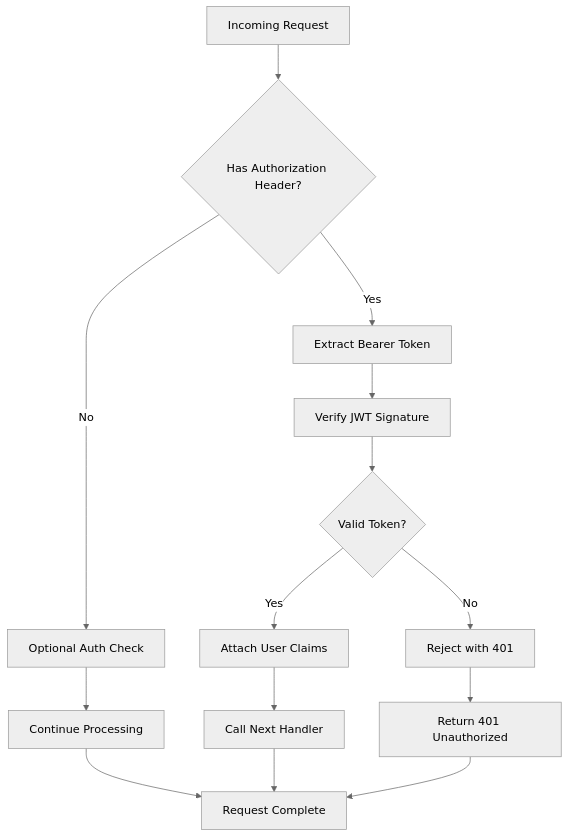
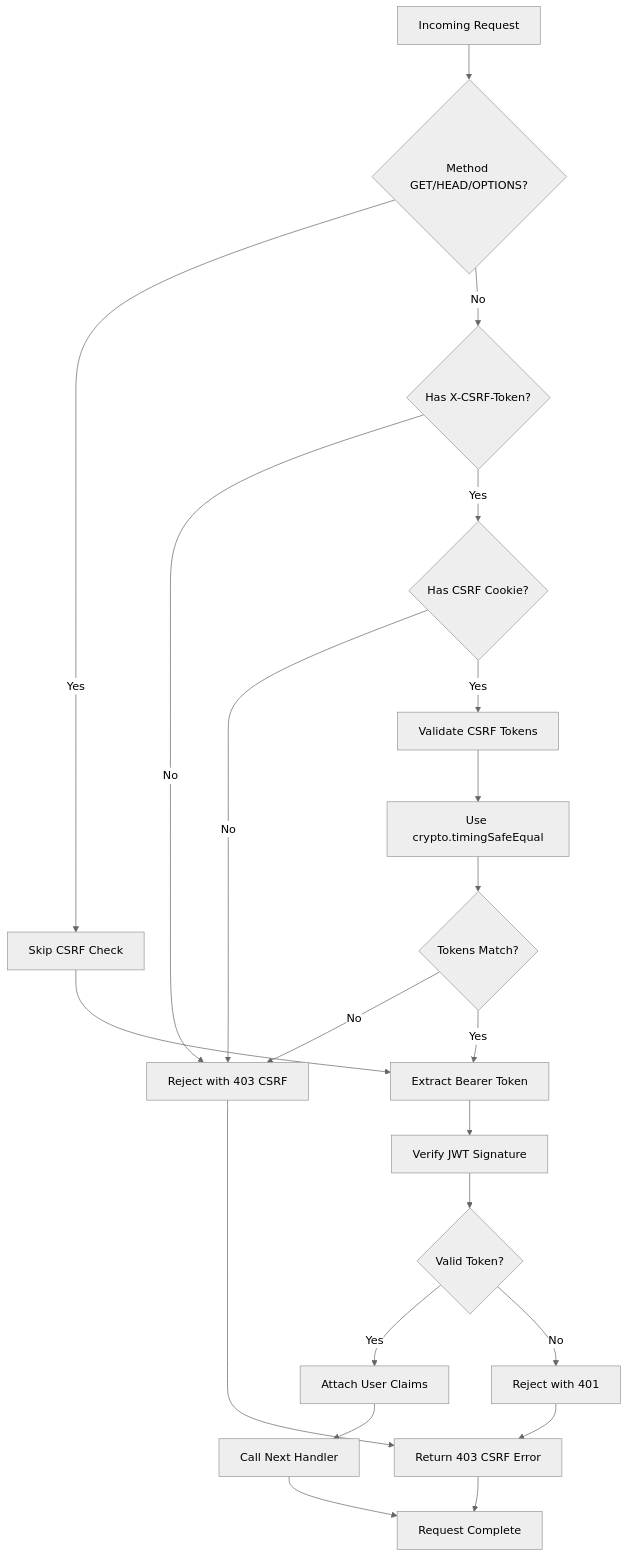
One commit to RunTimeAdmin/tri-ai changed the sixth of 10 diagrams in .qoder/repowiki/en/content/Frontend Application/Authentication System.md. Above: the diagram before and after it, drawn with Mermaid (neutral theme). The commit also changed other lines of this file and 40 other files, not shown here.

Commit message:
Remove crypto/token references from Hostinger landing page and engine CSS

````diff
--- a/.qoder/repowiki/en/content/Frontend Application/Authentication System.md
+++ b/.qoder/repowiki/en/content/Frontend Application/Authentication System.md
@@ -230,16 +244,24 @@
 ```mermaid
 flowchart TD
-Request[Incoming Request] --> CheckAuth{Has Authorization Header?}
-CheckAuth --> |No| OptionalAuth[Optional Auth Check]
-CheckAuth --> |Yes| ExtractToken[Extract Bearer Token]
+Request[Incoming Request] --> CheckMethod{Method GET/HEAD/OPTIONS?}
+CheckMethod --> |Yes| SkipCSRF[Skip CSRF Check]
+CheckMethod --> |No| CheckCSRF{Has X-CSRF-Token?}
+CheckCSRF --> |No| RejectCSRF[Reject with 403 CSRF]
+CheckCSRF --> |Yes| CheckCookie{Has CSRF Cookie?}
+CheckCookie --> |No| RejectCSRF
+CheckCookie --> |Yes| ValidateTokens[Validate CSRF Tokens]
+ValidateTokens --> TimingSafe[Use crypto.timingSafeEqual]
+TimingSafe --> ValidTokens{Tokens Match?}
+ValidTokens --> |No| RejectCSRF
+ValidTokens --> |Yes| ExtractToken[Extract Bearer Token]
 ExtractToken --> VerifyToken[Verify JWT Signature]
 VerifyToken --> ValidToken{Valid Token?}
 ValidToken --> |Yes| AttachUser[Attach User Claims]
 ValidToken --> |No| RejectAccess[Reject with 401]
-OptionalAuth --> Continue[Continue Processing]
+SkipCSRF --> ExtractToken
 AttachUser --> NextHandler[Call Next Handler]
-RejectAccess --> ReturnError[Return 401 Unauthorized]
-Continue --> End[Request Complete]
-NextHandler --> End
+RejectCSRF --> ReturnError[Return 403 CSRF Error]
+RejectAccess --> ReturnError
+NextHandler --> End[Request Complete]
 ReturnError --> End
 ```
````
